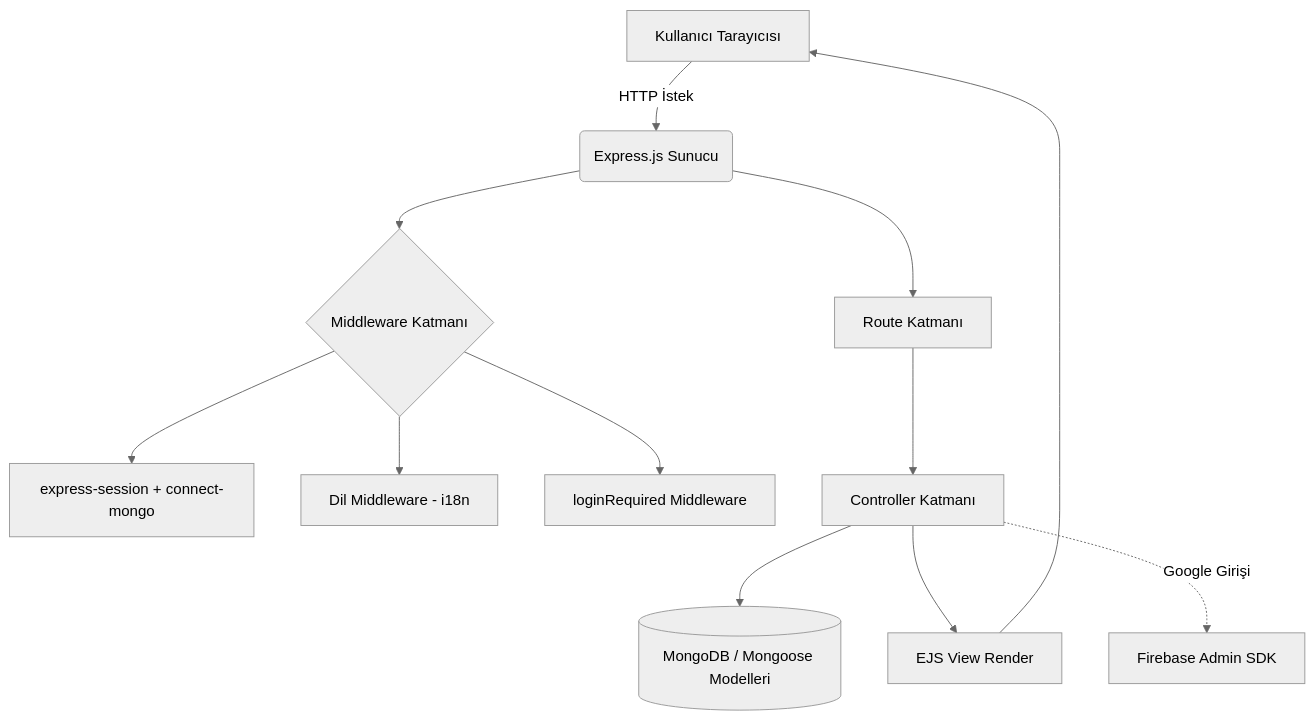
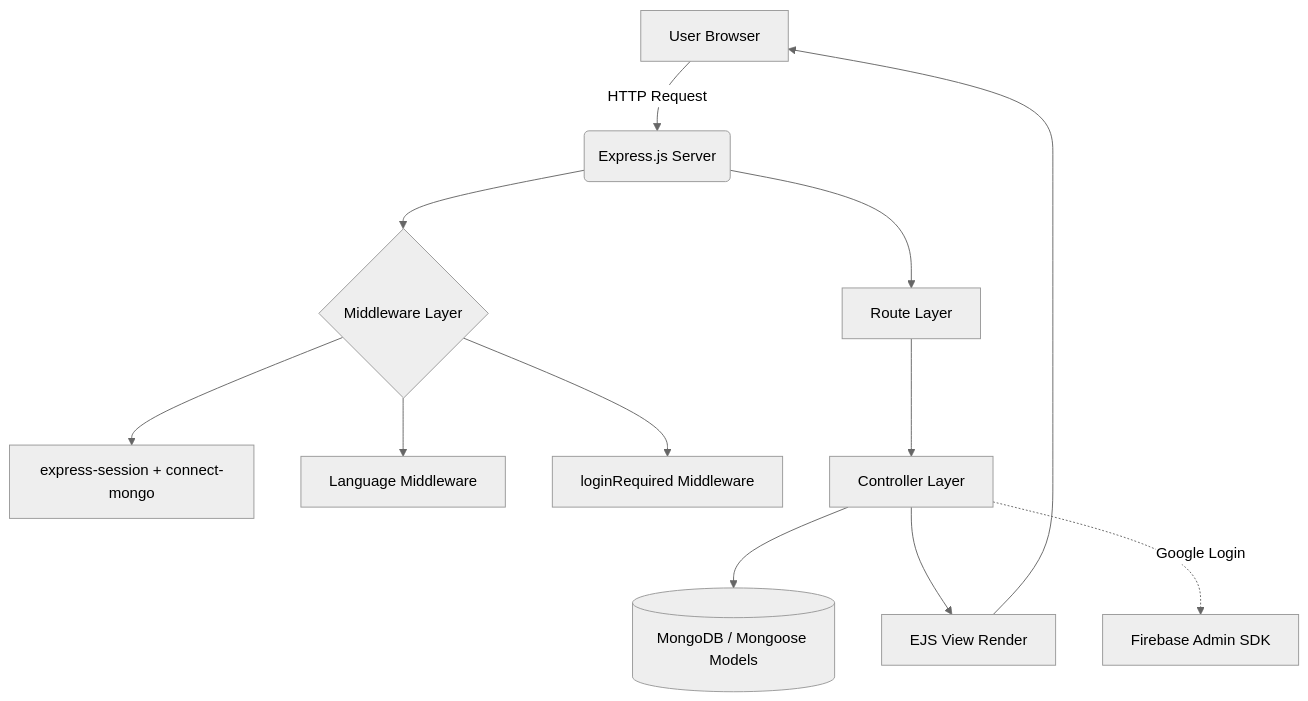
One commit to Aysenurkiymazz/glow-hub-doc changed the second of 2 diagrams in README.md. Above: the diagram before and after it, drawn with Mermaid (neutral theme). The commit also changed other lines of this file, not shown here.

````diff
--- a/README.md
+++ b/README.md
@@ -169,14 +151,14 @@
 ```mermaid
 flowchart TD
-    A[Kullanıcı Tarayıcısı] -->|HTTP İstek| B(Express.js Sunucu)
-    B --> C{Middleware Katmanı}
+    A[User Browser] -->|HTTP Request| B(Express.js Server)
+    B --> C{Middleware Layer}
     C --> D[express-session + connect-mongo]
-    C --> E[Dil Middleware - i18n]
+    C --> E[Language Middleware]
     C --> F[loginRequired Middleware]
-    B --> G[Route Katmanı]
-    G --> H[Controller Katmanı]
-    H --> I[(MongoDB / Mongoose Modelleri)]
+    B --> G[Route Layer]
+    G --> H[Controller Layer]
+    H --> I[(MongoDB / Mongoose Models)]
     H --> J[EJS View Render]
     J --> A
-    H -.Google Girişi.-> K[Firebase Admin SDK]
+    H -.Google Login.-> K[Firebase Admin SDK]
 ```
````
